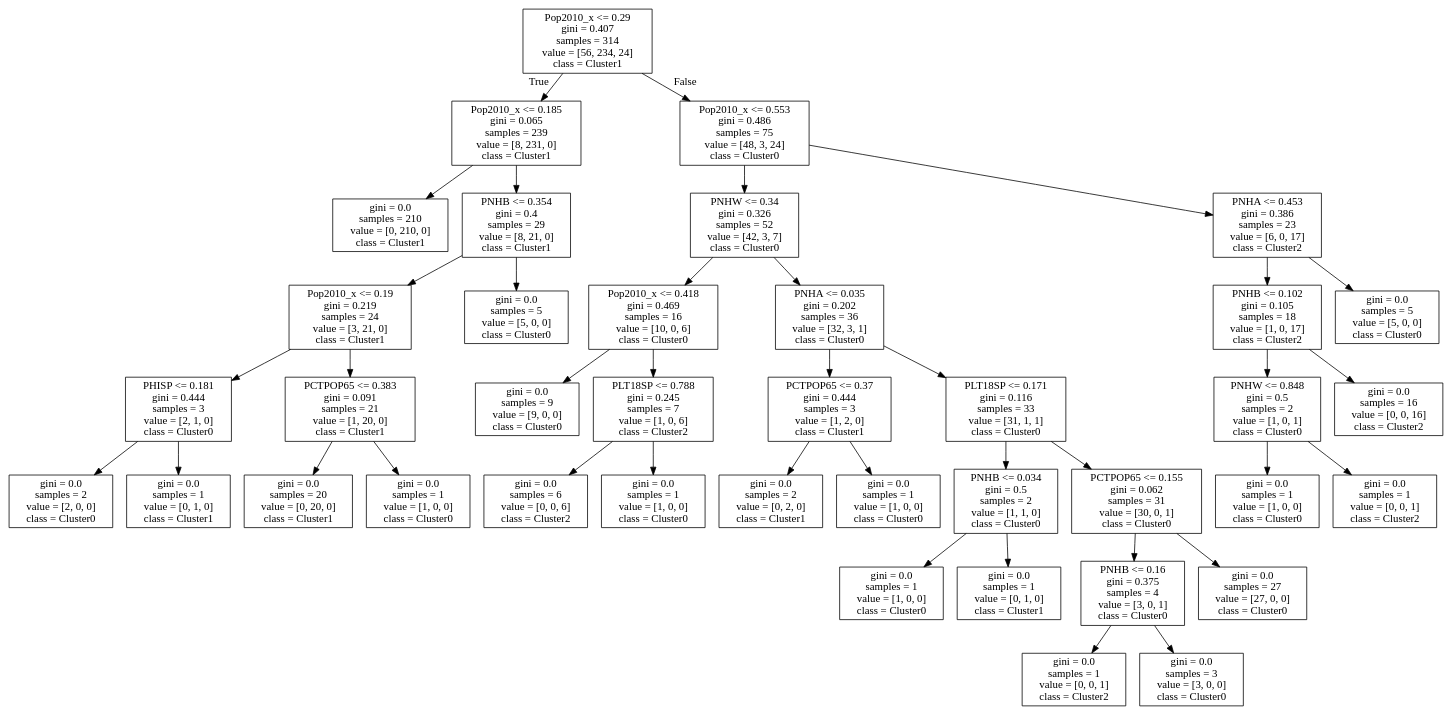
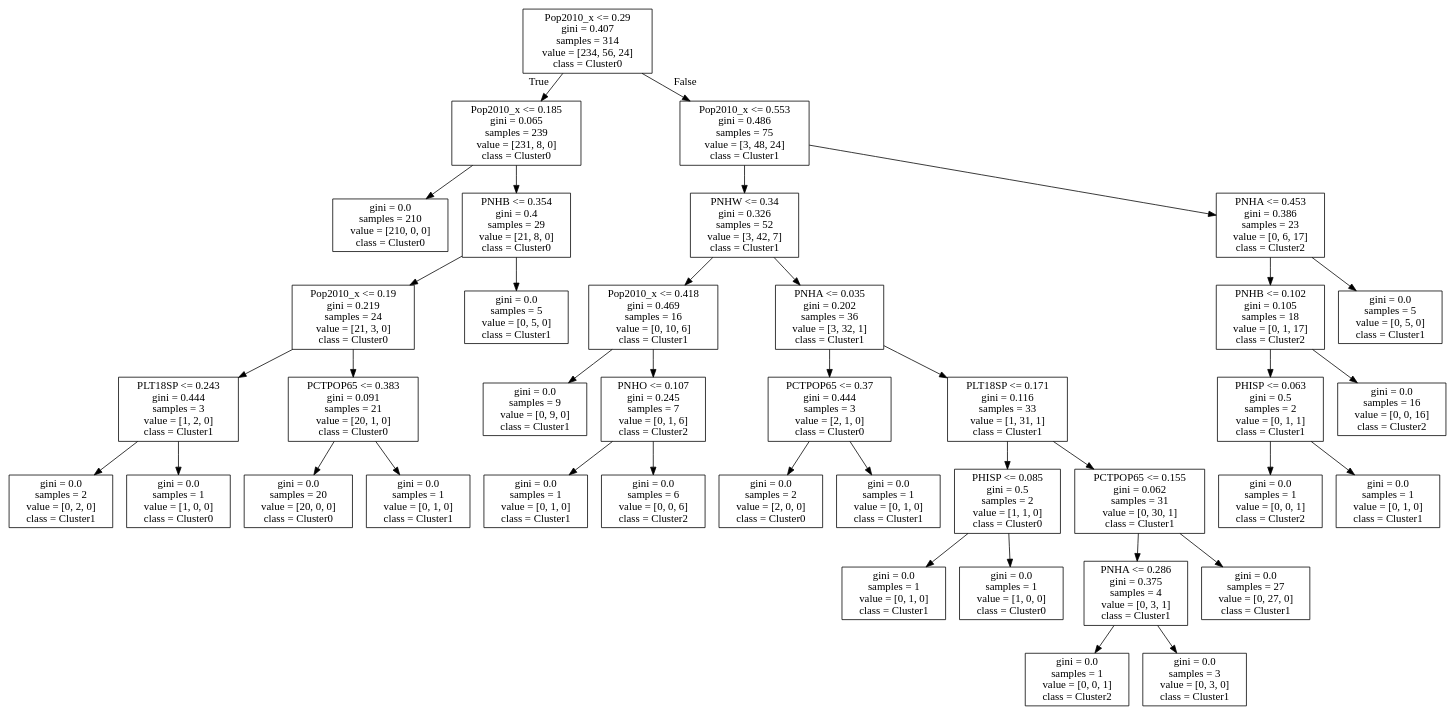
One commit to arunkulkarni95/COSC467_FinalProject changed the diagram in tree.dot. Above: the diagram before and after it, drawn with Graphviz. The commit also changed 3 other files, not shown here.

Commit message:
updated tree graphs

```diff
--- a/tree.dot
+++ b/tree.dot
@@ -1,80 +1,80 @@
 digraph Tree {
 node [shape=box] ;
-0 [label="Pop2010_x <= 0.29\ngini = 0.407\nsamples = 314\nvalue = [56, 234, 24]\nclass = Cluster1"] ;
-1 [label="Pop2010_x <= 0.185\ngini = 0.065\nsamples = 239\nvalue = [8, 231, 0]\nclass = Cluster1"] ;
+0 [label="Pop2010_x <= 0.29\ngini = 0.407\nsamples = 314\nvalue = [234, 56, 24]\nclass = Cluster0"] ;
+1 [label="Pop2010_x <= 0.185\ngini = 0.065\nsamples = 239\nvalue = [231, 8, 0]\nclass = Cluster0"] ;
 0 -> 1 [labeldistance=2.5, labelangle=45, headlabel="True"] ;
-2 [label="gini = 0.0\nsamples = 210\nvalue = [0, 210, 0]\nclass = Cluster1"] ;
+2 [label="gini = 0.0\nsamples = 210\nvalue = [210, 0, 0]\nclass = Cluster0"] ;
 1 -> 2 ;
-3 [label="PNHB <= 0.354\ngini = 0.4\nsamples = 29\nvalue = [8, 21, 0]\nclass = Cluster1"] ;
+3 [label="PNHB <= 0.354\ngini = 0.4\nsamples = 29\nvalue = [21, 8, 0]\nclass = Cluster0"] ;
 1 -> 3 ;
-4 [label="Pop2010_x <= 0.19\ngini = 0.219\nsamples = 24\nvalue = [3, 21, 0]\nclass = Cluster1"] ;
+4 [label="Pop2010_x <= 0.19\ngini = 0.219\nsamples = 24\nvalue = [21, 3, 0]\nclass = Cluster0"] ;
 3 -> 4 ;
-5 [label="PHISP <= 0.181\ngini = 0.444\nsamples = 3\nvalue = [2, 1, 0]\nclass = Cluster0"] ;
+5 [label="PLT18SP <= 0.243\ngini = 0.444\nsamples = 3\nvalue = [1, 2, 0]\nclass = Cluster1"] ;
 4 -> 5 ;
-6 [label="gini = 0.0\nsamples = 2\nvalue = [2, 0, 0]\nclass = Cluster0"] ;
+6 [label="gini = 0.0\nsamples = 2\nvalue = [0, 2, 0]\nclass = Cluster1"] ;
 5 -> 6 ;
-7 [label="gini = 0.0\nsamples = 1\nvalue = [0, 1, 0]\nclass = Cluster1"] ;
+7 [label="gini = 0.0\nsamples = 1\nvalue = [1, 0, 0]\nclass = Cluster0"] ;
 5 -> 7 ;
-8 [label="PCTPOP65 <= 0.383\ngini = 0.091\nsamples = 21\nvalue = [1, 20, 0]\nclass = Cluster1"] ;
+8 [label="PCTPOP65 <= 0.383\ngini = 0.091\nsamples = 21\nvalue = [20, 1, 0]\nclass = Cluster0"] ;
 4 -> 8 ;
-9 [label="gini = 0.0\nsamples = 20\nvalue = [0, 20, 0]\nclass = Cluster1"] ;
+9 [label="gini = 0.0\nsamples = 20\nvalue = [20, 0, 0]\nclass = Cluster0"] ;
 8 -> 9 ;
-10 [label="gini = 0.0\nsamples = 1\nvalue = [1, 0, 0]\nclass = Cluster0"] ;
+10 [label="gini = 0.0\nsamples = 1\nvalue = [0, 1, 0]\nclass = Cluster1"] ;
 8 -> 10 ;
-11 [label="gini = 0.0\nsamples = 5\nvalue = [5, 0, 0]\nclass = Cluster0"] ;
+11 [label="gini = 0.0\nsamples = 5\nvalue = [0, 5, 0]\nclass = Cluster1"] ;
 3 -> 11 ;
-12 [label="Pop2010_x <= 0.553\ngini = 0.486\nsamples = 75\nvalue = [48, 3, 24]\nclass = Cluster0"] ;
+12 [label="Pop2010_x <= 0.553\ngini = 0.486\nsamples = 75\nvalue = [3, 48, 24]\nclass = Cluster1"] ;
 0 -> 12 [labeldistance=2.5, labelangle=-45, headlabel="False"] ;
-13 [label="PNHW <= 0.34\ngini = 0.326\nsamples = 52\nvalue = [42, 3, 7]\nclass = Cluster0"] ;
+13 [label="PNHW <= 0.34\ngini = 0.326\nsamples = 52\nvalue = [3, 42, 7]\nclass = Cluster1"] ;
 12 -> 13 ;
-14 [label="Pop2010_x <= 0.418\ngini = 0.469\nsamples = 16\nvalue = [10, 0, 6]\nclass = Cluster0"] ;
+14 [label="Pop2010_x <= 0.418\ngini = 0.469\nsamples = 16\nvalue = [0, 10, 6]\nclass = Cluster1"] ;
 13 -> 14 ;
-15 [label="gini = 0.0\nsamples = 9\nvalue = [9, 0, 0]\nclass = Cluster0"] ;
+15 [label="gini = 0.0\nsamples = 9\nvalue = [0, 9, 0]\nclass = Cluster1"] ;
 14 -> 15 ;
-16 [label="PLT18SP <= 0.788\ngini = 0.245\nsamples = 7\nvalue = [1, 0, 6]\nclass = Cluster2"] ;
+16 [label="PNHO <= 0.107\ngini = 0.245\nsamples = 7\nvalue = [0, 1, 6]\nclass = Cluster2"] ;
 14 -> 16 ;
-17 [label="gini = 0.0\nsamples = 6\nvalue = [0, 0, 6]\nclass = Cluster2"] ;
+17 [label="gini = 0.0\nsamples = 1\nvalue = [0, 1, 0]\nclass = Cluster1"] ;
 16 -> 17 ;
-18 [label="gini = 0.0\nsamples = 1\nvalue = [1, 0, 0]\nclass = Cluster0"] ;
+18 [label="gini = 0.0\nsamples = 6\nvalue = [0, 0, 6]\nclass = Cluster2"] ;
 16 -> 18 ;
-19 [label="PNHA <= 0.035\ngini = 0.202\nsamples = 36\nvalue = [32, 3, 1]\nclass = Cluster0"] ;
+19 [label="PNHA <= 0.035\ngini = 0.202\nsamples = 36\nvalue = [3, 32, 1]\nclass = Cluster1"] ;
 13 -> 19 ;
-20 [label="PCTPOP65 <= 0.37\ngini = 0.444\nsamples = 3\nvalue = [1, 2, 0]\nclass = Cluster1"] ;
+20 [label="PCTPOP65 <= 0.37\ngini = 0.444\nsamples = 3\nvalue = [2, 1, 0]\nclass = Cluster0"] ;
 19 -> 20 ;
-21 [label="gini = 0.0\nsamples = 2\nvalue = [0, 2, 0]\nclass = Cluster1"] ;
+21 [label="gini = 0.0\nsamples = 2\nvalue = [2, 0, 0]\nclass = Cluster0"] ;
 20 -> 21 ;
-22 [label="gini = 0.0\nsamples = 1\nvalue = [1, 0, 0]\nclass = Cluster0"] ;
+22 [label="gini = 0.0\nsamples = 1\nvalue = [0, 1, 0]\nclass = Cluster1"] ;
 20 -> 22 ;
-23 [label="PLT18SP <= 0.171\ngini = 0.116\nsamples = 33\nvalue = [31, 1, 1]\nclass = Cluster0"] ;
+23 [label="PLT18SP <= 0.171\ngini = 0.116\nsamples = 33\nvalue = [1, 31, 1]\nclass = Cluster1"] ;
 19 -> 23 ;
-24 [label="PNHB <= 0.034\ngini = 0.5\nsamples = 2\nvalue = [1, 1, 0]\nclass = Cluster0"] ;
+24 [label="PHISP <= 0.085\ngini = 0.5\nsamples = 2\nvalue = [1, 1, 0]\nclass = Cluster0"] ;
 23 -> 24 ;
-25 [label="gini = 0.0\nsamples = 1\nvalue = [1, 0, 0]\nclass = Cluster0"] ;
+25 [label="gini = 0.0\nsamples = 1\nvalue = [0, 1, 0]\nclass = Cluster1"] ;
 24 -> 25 ;
-26 [label="gini = 0.0\nsamples = 1\nvalue = [0, 1, 0]\nclass = Cluster1"] ;
+26 [label="gini = 0.0\nsamples = 1\nvalue = [1, 0, 0]\nclass = Cluster0"] ;
 24 -> 26 ;
-27 [label="PCTPOP65 <= 0.155\ngini = 0.062\nsamples = 31\nvalue = [30, 0, 1]\nclass = Cluster0"] ;
+27 [label="PCTPOP65 <= 0.155\ngini = 0.062\nsamples = 31\nvalue = [0, 30, 1]\nclass = Cluster1"] ;
 23 -> 27 ;
-28 [label="PNHB <= 0.16\ngini = 0.375\nsamples = 4\nvalue = [3, 0, 1]\nclass = Cluster0"] ;
+28 [label="PNHA <= 0.286\ngini = 0.375\nsamples = 4\nvalue = [0, 3, 1]\nclass = Cluster1"] ;
 27 -> 28 ;
 29 [label="gini = 0.0\nsamples = 1\nvalue = [0, 0, 1]\nclass = Cluster2"] ;
 28 -> 29 ;
-30 [label="gini = 0.0\nsamples = 3\nvalue = [3, 0, 0]\nclass = Cluster0"] ;
+30 [label="gini = 0.0\nsamples = 3\nvalue = [0, 3, 0]\nclass = Cluster1"] ;
 28 -> 30 ;
-31 [label="gini = 0.0\nsamples = 27\nvalue = [27, 0, 0]\nclass = Cluster0"] ;
+31 [label="gini = 0.0\nsamples = 27\nvalue = [0, 27, 0]\nclass = Cluster1"] ;
 27 -> 31 ;
-32 [label="PNHA <= 0.453\ngini = 0.386\nsamples = 23\nvalue = [6, 0, 17]\nclass = Cluster2"] ;
+32 [label="PNHA <= 0.453\ngini = 0.386\nsamples = 23\nvalue = [0, 6, 17]\nclass = Cluster2"] ;
 12 -> 32 ;
-33 [label="PNHB <= 0.102\ngini = 0.105\nsamples = 18\nvalue = [1, 0, 17]\nclass = Cluster2"] ;
+33 [label="PNHB <= 0.102\ngini = 0.105\nsamples = 18\nvalue = [0, 1, 17]\nclass = Cluster2"] ;
 32 -> 33 ;
-34 [label="PNHW <= 0.848\ngini = 0.5\nsamples = 2\nvalue = [1, 0, 1]\nclass = Cluster0"] ;
+34 [label="PHISP <= 0.063\ngini = 0.5\nsamples = 2\nvalue = [0, 1, 1]\nclass = Cluster1"] ;
 33 -> 34 ;
-35 [label="gini = 0.0\nsamples = 1\nvalue = [1, 0, 0]\nclass = Cluster0"] ;
+35 [label="gini = 0.0\nsamples = 1\nvalue = [0, 0, 1]\nclass = Cluster2"] ;
 34 -> 35 ;
-36 [label="gini = 0.0\nsamples = 1\nvalue = [0, 0, 1]\nclass = Cluster2"] ;
+36 [label="gini = 0.0\nsamples = 1\nvalue = [0, 1, 0]\nclass = Cluster1"] ;
 34 -> 36 ;
 37 [label="gini = 0.0\nsamples = 16\nvalue = [0, 0, 16]\nclass = Cluster2"] ;
 33 -> 37 ;
-38 [label="gini = 0.0\nsamples = 5\nvalue = [5, 0, 0]\nclass = Cluster0"] ;
+38 [label="gini = 0.0\nsamples = 5\nvalue = [0, 5, 0]\nclass = Cluster1"] ;
 32 -> 38 ;
 }
```
